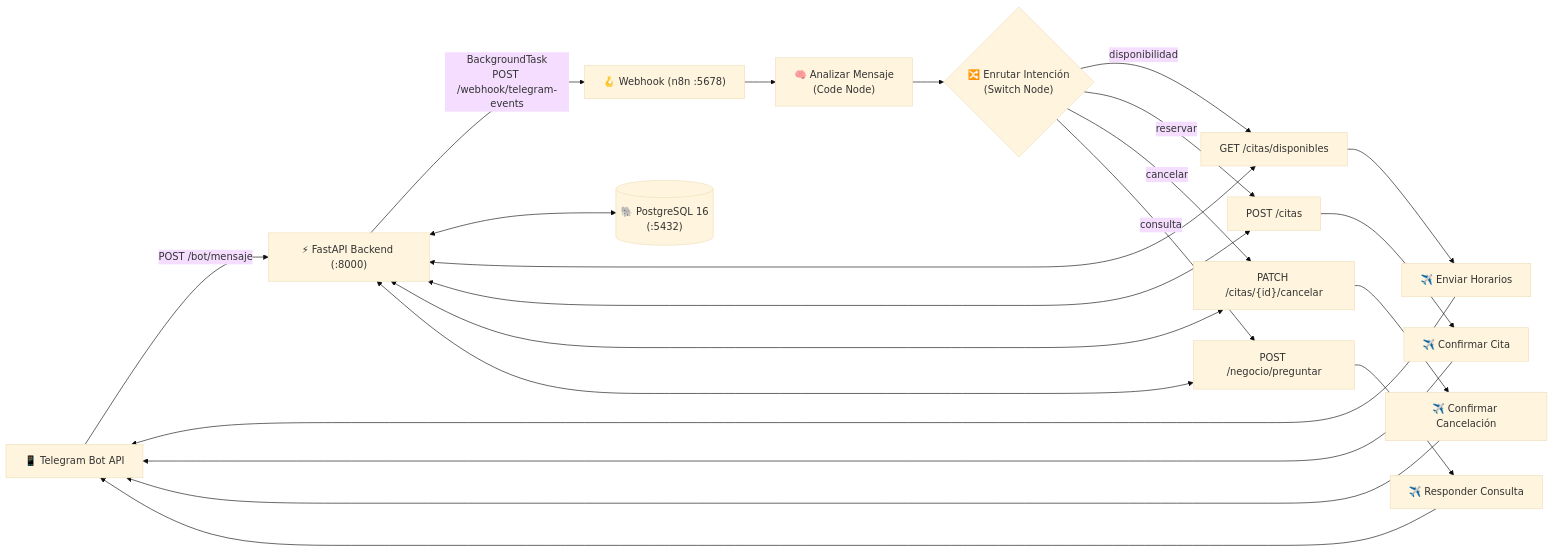
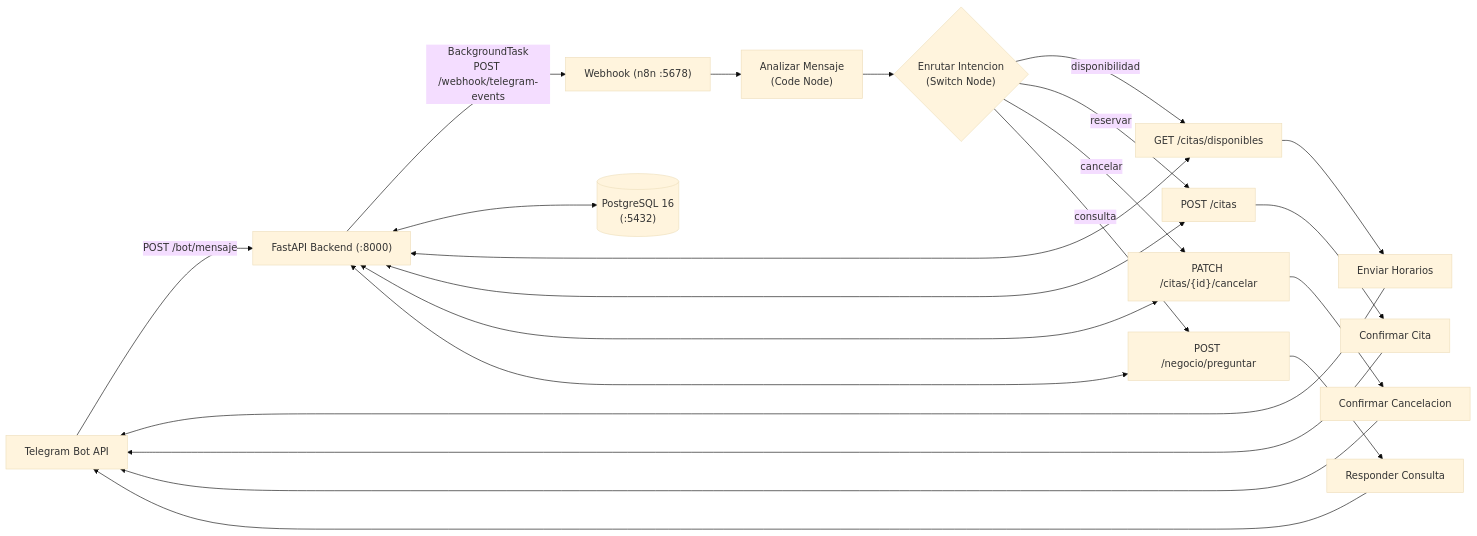
One commit to LoP-1/sistema-reservas-n8n changed the diagram in README.md. Above: the diagram before and after it, drawn with Mermaid (base theme). The commit also changed other lines of this file, not shown here.

````diff
--- a/README.md
+++ b/README.md
@@ -39,22 +39,22 @@
 ```mermaid
 flowchart LR
-    TG["📱 Telegram Bot API"] -->|"POST /bot/mensaje"| API["⚡ FastAPI Backend (:8000)"]
-    API -->|"BackgroundTask\nPOST /webhook/telegram-events"| WH["🪝 Webhook (n8n :5678)"]
-    WH --> CODE["🧠 Analizar Mensaje\n(Code Node)"]
-    CODE --> SW{"🔀 Enrutar Intención\n(Switch Node)"}
+    TG["Telegram Bot API"] -->|"POST /bot/mensaje"| API["FastAPI Backend (:8000)"]
+    API -->|"BackgroundTask\nPOST /webhook/telegram-events"| WH["Webhook (n8n :5678)"]
+    WH --> CODE["Analizar Mensaje\n(Code Node)"]
+    CODE --> SW{"Enrutar Intencion\n(Switch Node)"}
 
     SW -->|"disponibilidad"| H1["GET /citas/disponibles"]
     SW -->|"reservar"| H2["POST /citas"]
     SW -->|"cancelar"| H3["PATCH /citas/{id}/cancelar"]
     SW -->|"consulta"| H4["POST /negocio/preguntar"]
 
     H1 & H2 & H3 & H4 <--> API
-    API <--> DB[("🐘 PostgreSQL 16\n(:5432)")]
+    API <--> DB[("PostgreSQL 16\n(:5432)")]
 
-    H1 --> T1["✈️ Enviar Horarios"]
-    H2 --> T2["✈️ Confirmar Cita"]
-    H3 --> T3["✈️ Confirmar Cancelación"]
-    H4 --> T4["✈️ Responder Consulta"]
+    H1 --> T1["Enviar Horarios"]
+    H2 --> T2["Confirmar Cita"]
+    H3 --> T3["Confirmar Cancelacion"]
+    H4 --> T4["Responder Consulta"]
 
     T1 & T2 & T3 & T4 --> TG
 ```
````
